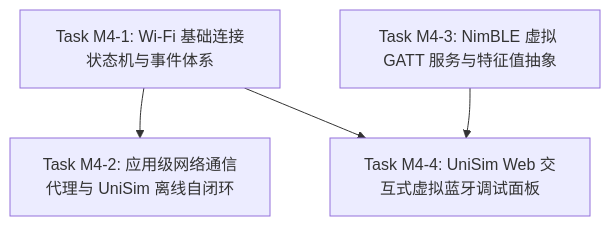
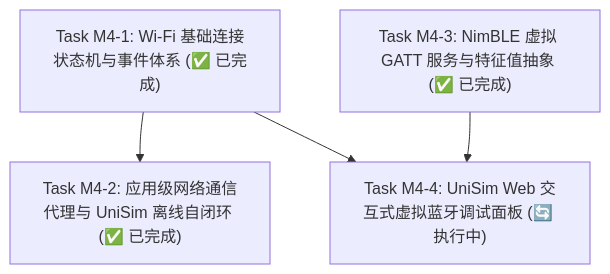
Before and after one commit to wink-cloud-hub/wink-ai-embedded: the diagram in docs/implementation-plans/esp32/2026-09-27-esp-idf-sim-m4-wifi-ble-connectivity-roadmap.md, drawn with Mermaid. The commit also changed other lines of this file and 2 other files, not shown here.

Commit message:
docs(esp_idf): activate M4 roadmap and add M4-4 UniSim BLE inspector plan

````diff
--- a/docs/implementation-plans/esp32/2026-09-27-esp-idf-sim-m4-wifi-ble-connectivity-roadmap.md
+++ b/docs/implementation-plans/esp32/2026-09-27-esp-idf-sim-m4-wifi-ble-connectivity-roadmap.md
@@ -75,11 +76,11 @@
 ```mermaid
 graph TD
-    M4_1[Task M4-1: Wi-Fi 基础连接状态机与事件体系]
-    M4_2[Task M4-2: 应用级网络通信代理与 UniSim 离线自闭环]
-    M4_3[Task M4-3: NimBLE 虚拟 GATT 服务与特征值抽象]
-    M4_4[Task M4-4: UniSim Web 交互式虚拟蓝牙调试面板]
+    M4_1["Task M4-1: Wi-Fi 基础连接状态机与事件体系 (✅ 已完成)"]
+    M4_2["Task M4-2: 应用级网络通信代理与 UniSim 离线自闭环 (✅ 已完成)"]
+    M4_3["Task M4-3: NimBLE 虚拟 GATT 服务与特征值抽象 (✅ 已完成)"]
+    M4_4["Task M4-4: UniSim Web 交互式虚拟蓝牙调试面板 (🔄 执行中)"]
 
     M4_1 --> M4_2
     M4_3 --> M4_4
     M4_1 --> M4_4
 ```
````
